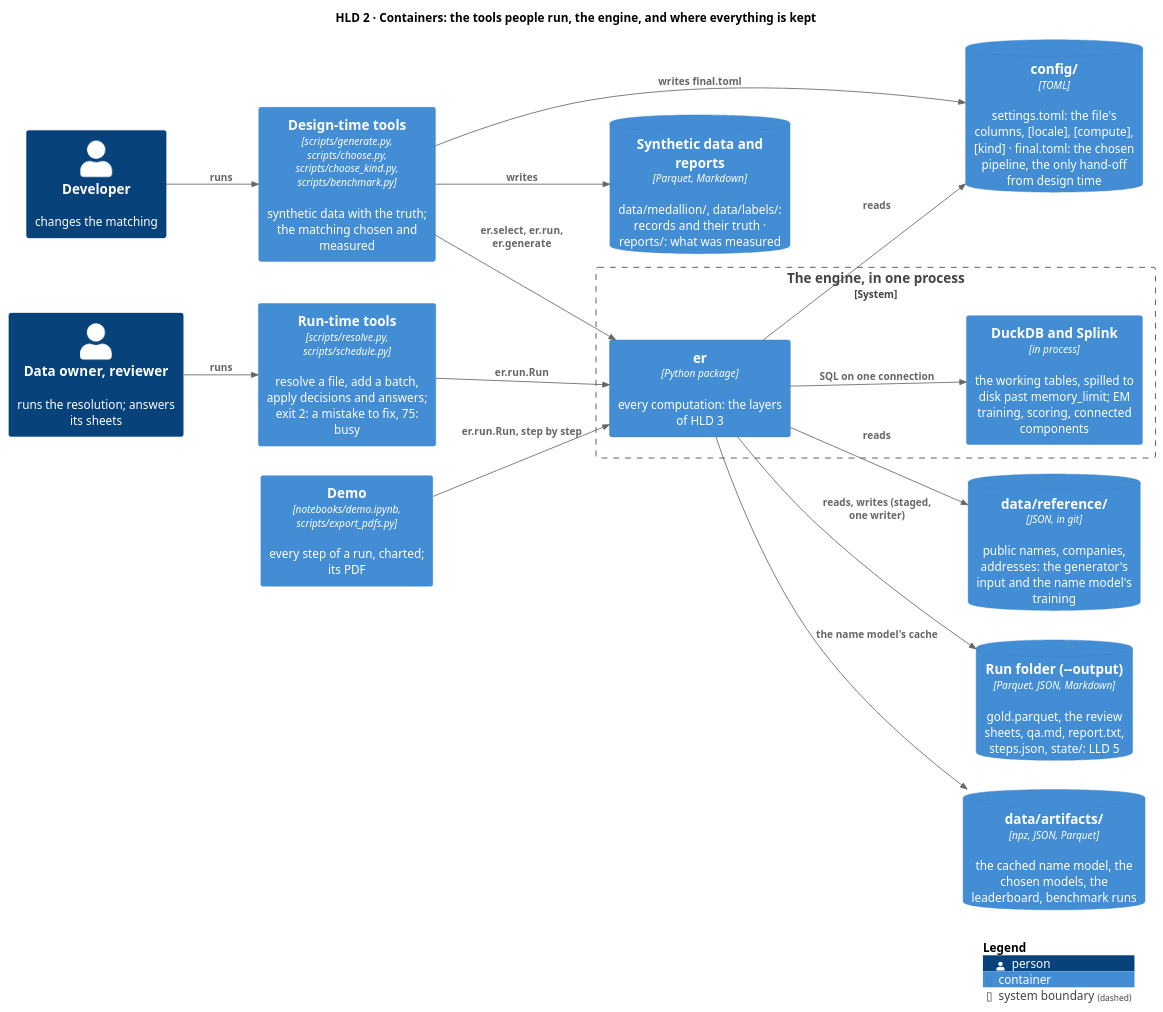
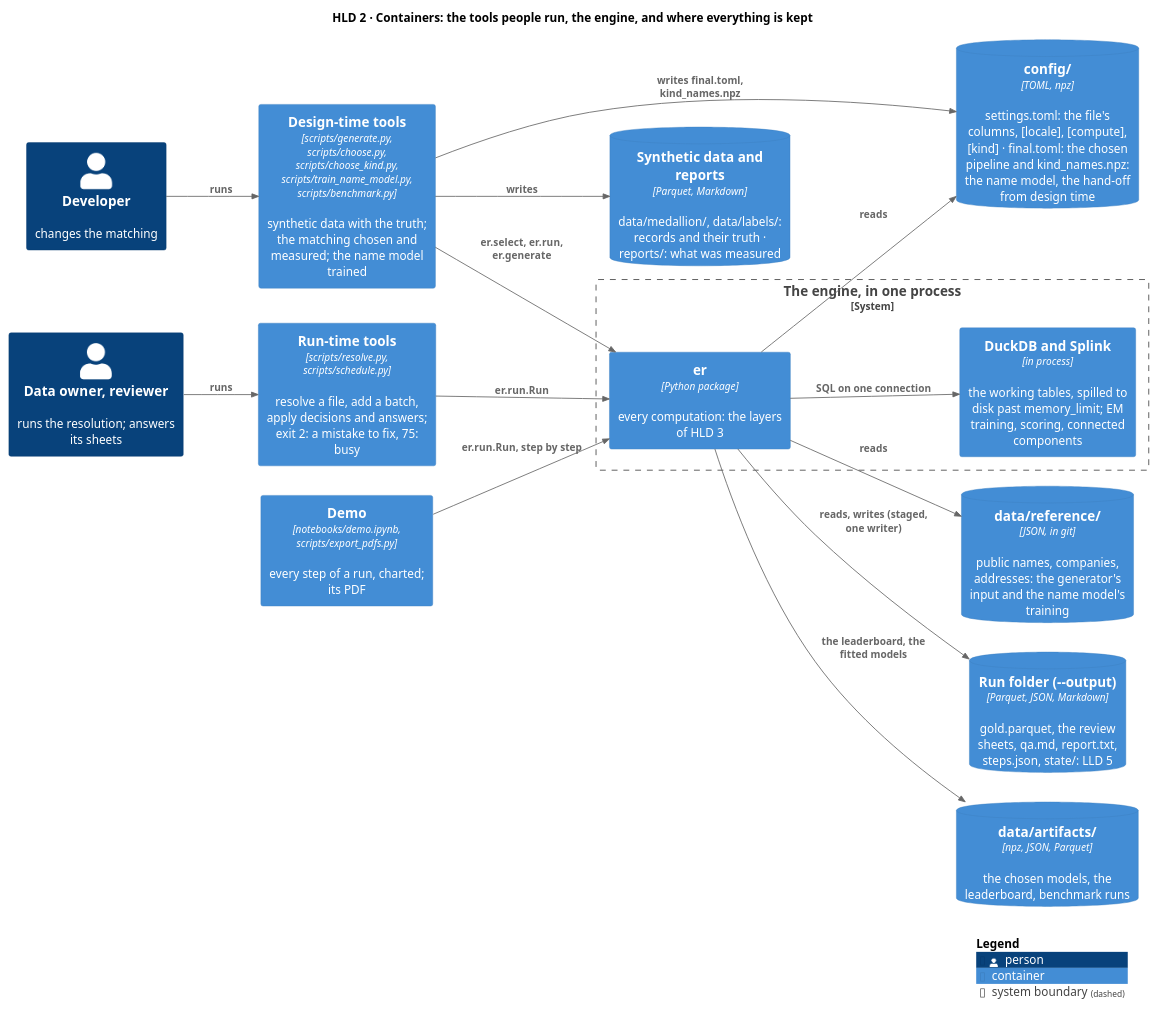
The diagram in docs/diagrams/containers.puml (mvsbm/entity_matching), drawn with PlantUML before and after one commit. The commit also changed 22 other files, not shown here.

First line of the commit message:
The name model a design-time file a run only loads

```diff
--- a/docs/diagrams/containers.puml
+++ b/docs/diagrams/containers.puml
@@ -1,39 +1,39 @@
 @startuml containers
 !include <C4/C4_Container>
 LAYOUT_LEFT_RIGHT()
 HIDE_STEREOTYPE()
 title HLD 2 · Containers: the tools people run, the engine, and where everything is kept
 
 Person(owner, "Data owner, reviewer", "runs the resolution; answers its sheets")
 Person(developer, "Developer", "changes the matching")
 
 Container(runtime, "Run-time tools", "scripts/resolve.py, scripts/schedule.py", "resolve a file, add a batch, apply decisions and answers; exit 2: a mistake to fix, 75: busy")
-Container(designtime, "Design-time tools", "scripts/generate.py, scripts/choose.py, scripts/choose_kind.py, scripts/benchmark.py", "synthetic data with the truth; the matching chosen and measured")
+Container(designtime, "Design-time tools", "scripts/generate.py, scripts/choose.py, scripts/choose_kind.py, scripts/train_name_model.py, scripts/benchmark.py", "synthetic data with the truth; the matching chosen and measured; the name model trained")
 Container(demo, "Demo", "notebooks/demo.ipynb, scripts/export_pdfs.py", "every step of a run, charted; its PDF")
 
 System_Boundary(engine, "The engine, in one process") {
   Container(er, "er", "Python package", "every computation: the layers of HLD 3")
   Container(duckdb, "DuckDB and Splink", "in process", "the working tables, spilled to disk past memory_limit; EM training, scoring, connected components")
 }
 
-ContainerDb(config, "config/", "TOML", "settings.toml: the file's columns, [locale], [compute], [kind] · final.toml: the chosen pipeline, the only hand-off from design time")
+ContainerDb(config, "config/", "TOML, npz", "settings.toml: the file's columns, [locale], [compute], [kind] · final.toml: the chosen pipeline and kind_names.npz: the name model, the hand-off from design time")
 ContainerDb(reference, "data/reference/", "JSON, in git", "public names, companies, addresses: the generator's input and the name model's training")
 ContainerDb(runfolder, "Run folder (~--output)", "Parquet, JSON, Markdown", "gold.parquet, the review sheets, qa.md, report.txt, steps.json, state/: LLD 5")
-ContainerDb(artifacts, "data/artifacts/", "npz, JSON, Parquet", "the cached name model, the chosen models, the leaderboard, benchmark runs")
+ContainerDb(artifacts, "data/artifacts/", "npz, JSON, Parquet", "the chosen models, the leaderboard, benchmark runs")
 ContainerDb(synthetic, "Synthetic data and reports", "Parquet, Markdown", "data/medallion/, data/labels/: records and their truth · reports/: what was measured")
 
 Rel(owner, runtime, "runs")
 Rel(developer, designtime, "runs")
 Rel(runtime, er, "er.run.Run")
 Rel(designtime, er, "er.select, er.run, er.generate")
 Rel(demo, er, "er.run.Run, step by step")
 Rel(er, duckdb, "SQL on one connection")
 Rel(er, config, "reads")
 Rel(er, reference, "reads")
 Rel(er, runfolder, "reads, writes (staged, one writer)")
-Rel(er, artifacts, "the name model's cache")
+Rel(er, artifacts, "the leaderboard, the fitted models")
 Rel(designtime, synthetic, "writes")
-Rel(designtime, config, "writes final.toml")
+Rel(designtime, config, "writes final.toml, kind_names.npz")
 
 SHOW_LEGEND()
 @enduml
```
